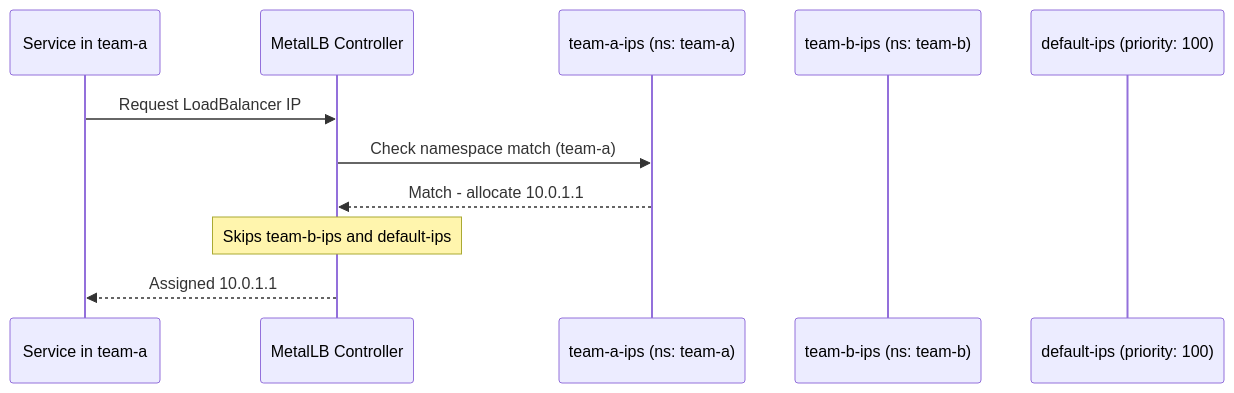
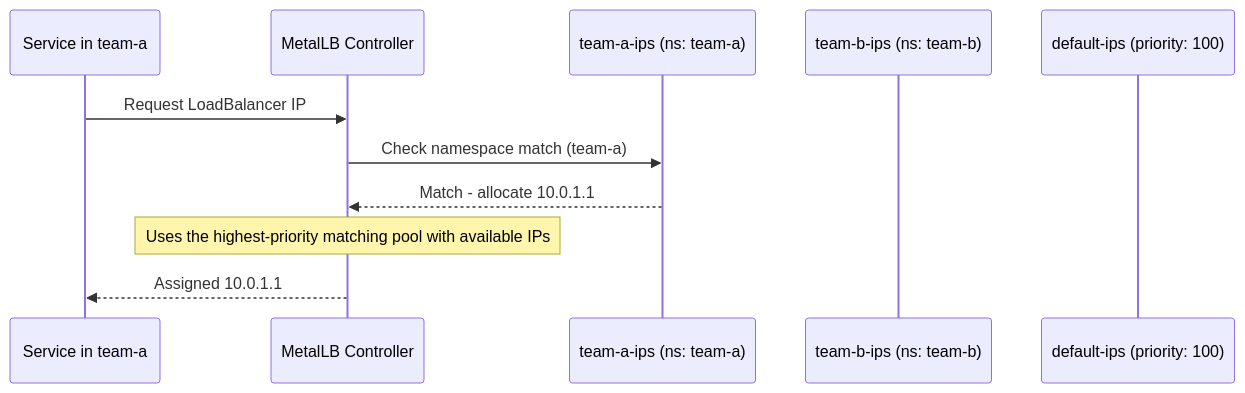
The third of 3 diagrams in posts/2026-02-20-metallb-namespace-scoped-pools/README.md (OneUptime/blog), drawn with Mermaid before and after one commit. The commit also changed other lines of this file and 2 other files, not shown here.

````diff
--- a/posts/2026-02-20-metallb-namespace-scoped-pools/README.md
+++ b/posts/2026-02-20-metallb-namespace-scoped-pools/README.md
@@ -159,14 +160,14 @@
 ```mermaid
 sequenceDiagram
     participant Svc as Service in team-a
     participant MLB as MetalLB Controller
     participant PA as team-a-ips (ns: team-a)
     participant PB as team-b-ips (ns: team-b)
     participant PD as default-ips (priority: 100)
 
     Svc->>MLB: Request LoadBalancer IP
     MLB->>PA: Check namespace match (team-a)
     PA-->>MLB: Match - allocate 10.0.1.1
-    Note over MLB: Skips team-b-ips and default-ips
+    Note over MLB: Uses the highest-priority matching pool with available IPs
     MLB-->>Svc: Assigned 10.0.1.1
 ```
````
